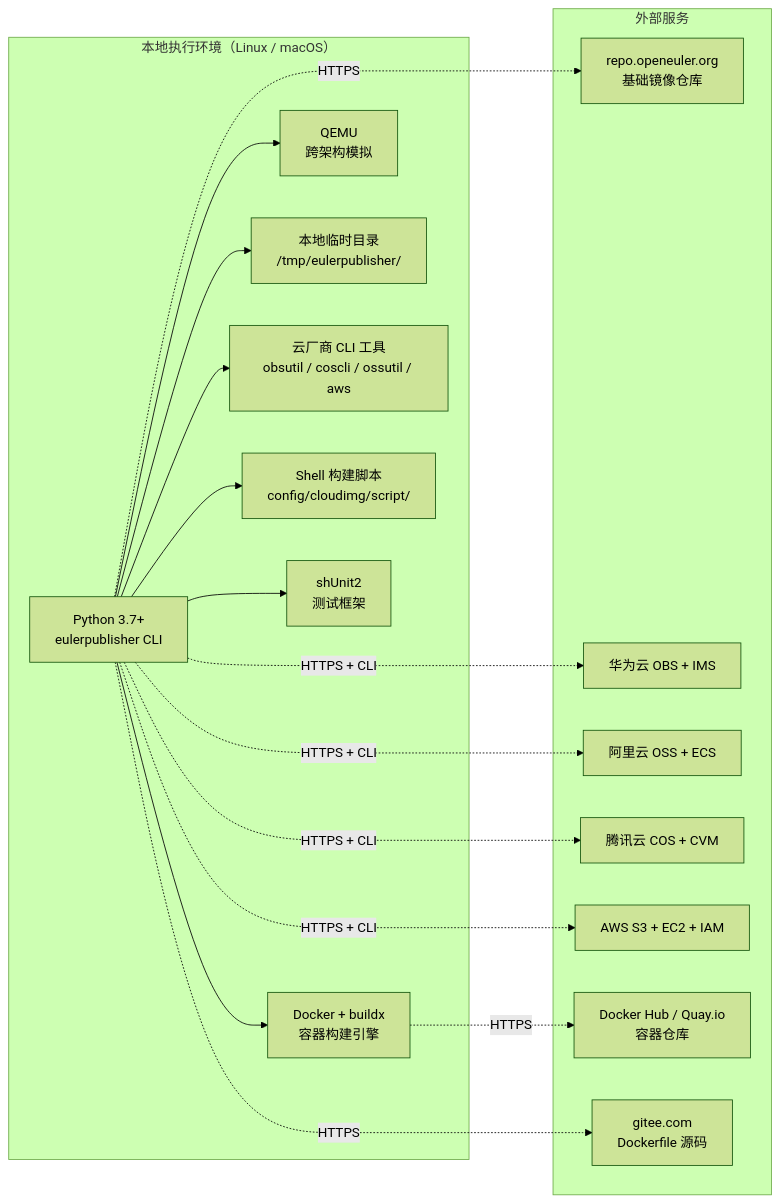
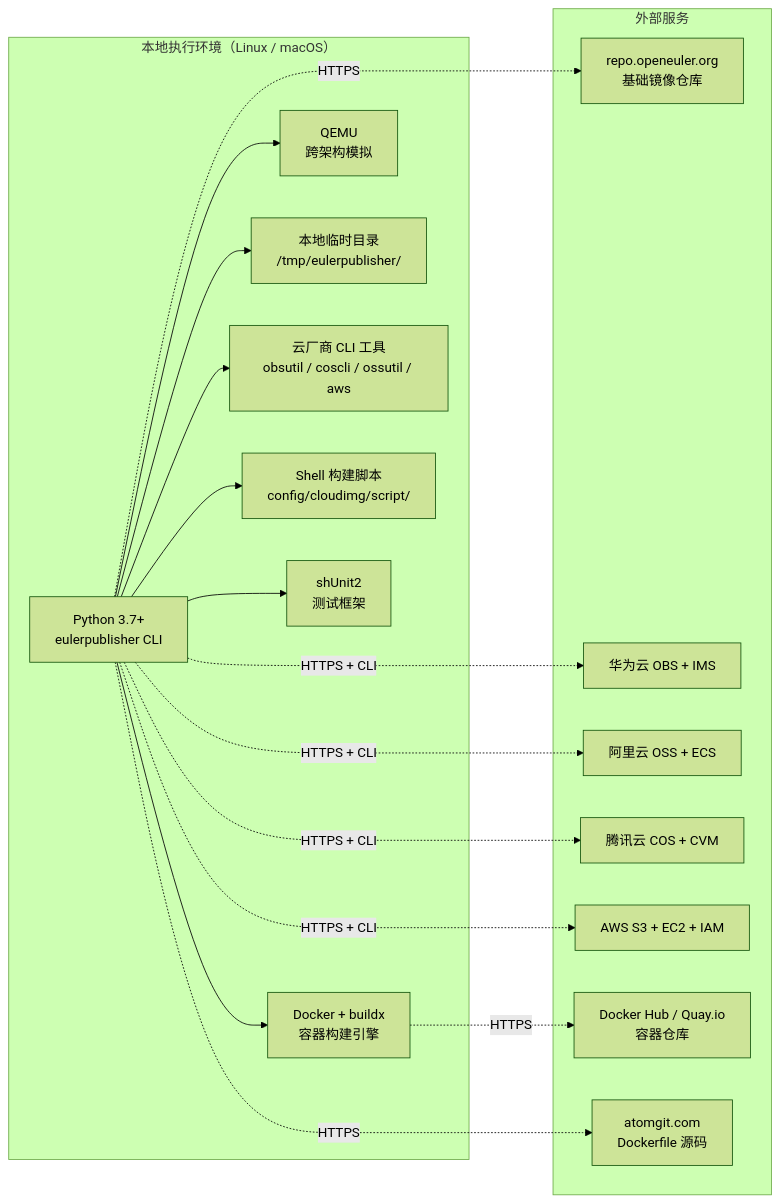
Before and after one commit to openeuler-mirror/eulerpublisher: the fifth of 5 diagrams in docs/design/ARCHITECTURE-EulerPublisher发布系统.md, drawn with Mermaid (forest theme). The commit also changed other lines of this file and 2 other files, not shown here.

````diff
--- a/docs/design/ARCHITECTURE-EulerPublisher发布系统.md
+++ b/docs/design/ARCHITECTURE-EulerPublisher发布系统.md
@@ -327,36 +327,36 @@
 ```mermaid
 flowchart LR
     subgraph LOCAL["本地执行环境（Linux / macOS）"]
         A["Python 3.7+<br/>eulerpublisher CLI"]
         B["Docker + buildx<br/>容器构建引擎"]
         C["QEMU<br/>跨架构模拟"]
         D["本地临时目录<br/>/tmp/eulerpublisher/"]
         E["云厂商 CLI 工具<br/>obsutil / coscli / ossutil / aws"]
         F["Shell 构建脚本<br/>config/cloudimg/script/"]
         G["shUnit2<br/>测试框架"]
         A --> B
         A --> C
         A --> D
         A --> E
         A --> F
         A --> G
     end
 
     subgraph EXTERNAL["外部服务"]
         H["repo.openeuler.org<br/>基础镜像仓库"]
         I["华为云 OBS + IMS"]
         J["阿里云 OSS + ECS"]
         K["腾讯云 COS + CVM"]
         L["AWS S3 + EC2 + IAM"]
         M["Docker Hub / Quay.io<br/>容器仓库"]
-        N["gitee.com<br/>Dockerfile 源码"]
+        N["atomgit.com<br/>Dockerfile 源码"]
     end
 
     A -.->|HTTPS| H
     A -.->|HTTPS + CLI| I
     A -.->|HTTPS + CLI| J
     A -.->|HTTPS + CLI| K
     A -.->|HTTPS + CLI| L
     B -.->|HTTPS| M
     A -.->|HTTPS| N
 ```
````
